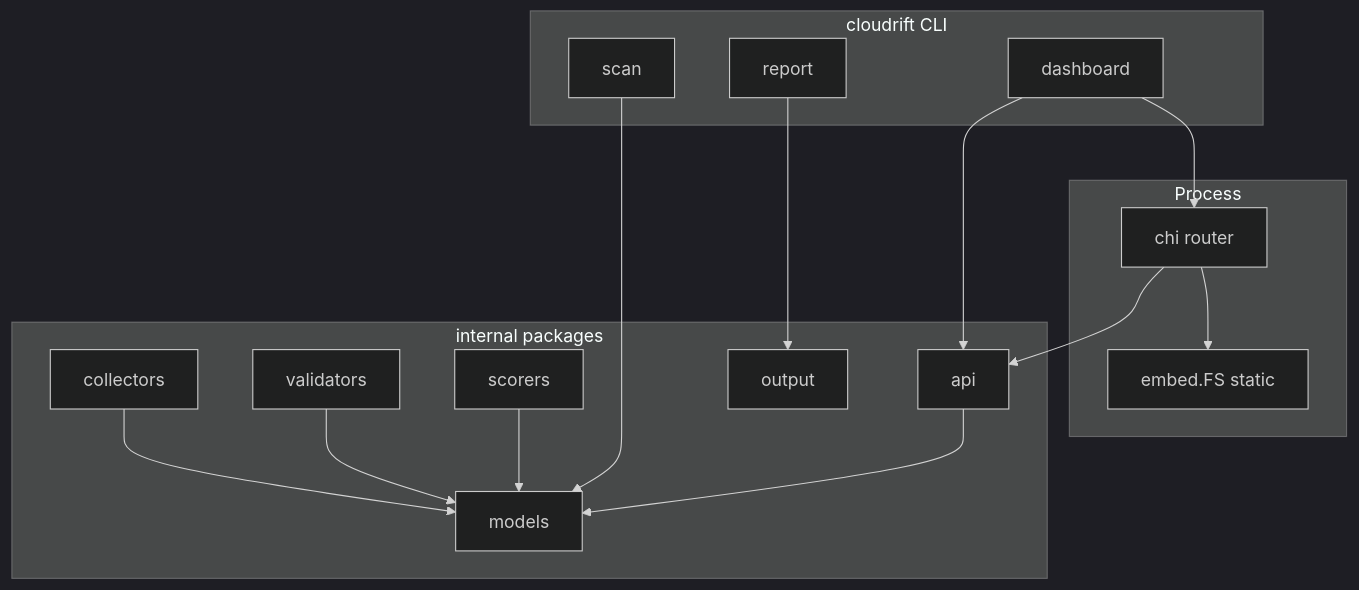
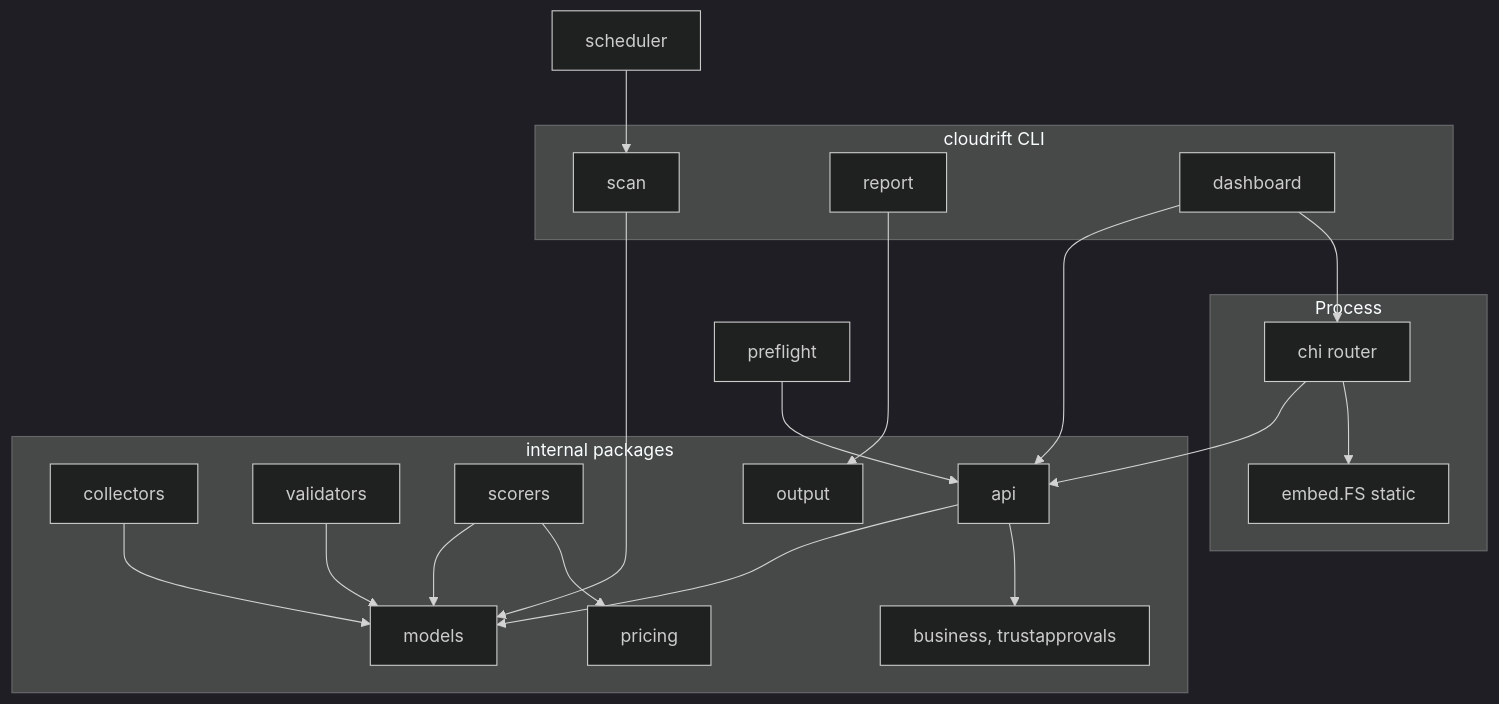
The sixth of 6 diagrams in docs/cloudrift-docs.md (Cl0udrift/cloudrift), drawn with Mermaid (dark theme) before and after one commit. The commit also changed other lines of this file and 1 other file, not shown here.

Commit message:
Update docs for costing, business settings, scan control and diff work

````diff
--- a/docs/cloudrift-docs.md
+++ b/docs/cloudrift-docs.md
@@ -1537,33 +1611,39 @@
 ```mermaid
 flowchart TB
   subgraph cli [cloudrift CLI]
     SCAN[scan]
     REPORT[report]
     DASH[dashboard]
   end
 
   subgraph core [internal packages]
     COL[collectors]
     VAL[validators]
     SCO[scorers]
     MOD[models]
     OUT[output]
     APIP[api]
+    PRC[pricing]
+    BIZP[business, trustapprovals]
   end
 
   subgraph runtime [Process]
     CHI[chi router]
     FS[embed.FS static]
   end
 
   SCAN --> MOD
+  SCHED[scheduler] --> SCAN
+  PRE[preflight] --> APIP
   REPORT --> OUT
   DASH --> APIP
   DASH --> CHI
   CHI --> APIP
   CHI --> FS
   COL --> MOD
   VAL --> MOD
   SCO --> MOD
   APIP --> MOD
+  APIP --> BIZP
+  SCO --> PRC
 ```
````
